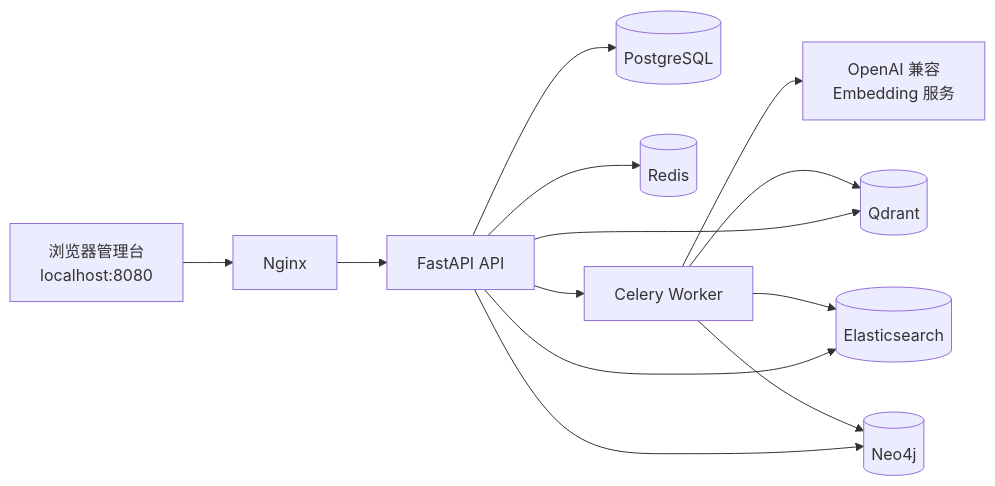
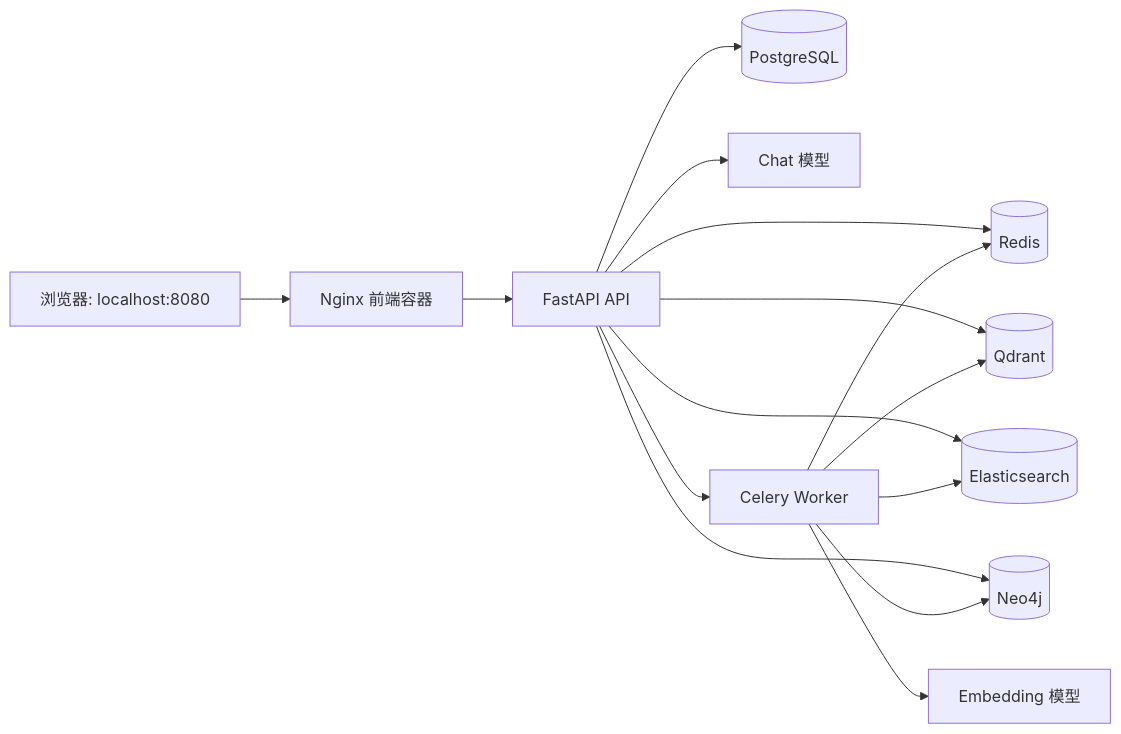
The diagram in README.md (JonyChuang/KnowledgeOps-Agent), drawn with Mermaid before and after one commit. The commit also changed other lines of this file and 10 other files, not shown here.

````diff
--- a/README.md
+++ b/README.md
@@ -20,15 +59,17 @@
 ```mermaid
 flowchart LR
-    UI["浏览器管理台\nlocalhost:8080"] --> Nginx[Nginx]
+    Browser[浏览器: localhost:8080] --> Nginx[Nginx 前端容器]
     Nginx --> API[FastAPI API]
-    API --> DB[(PostgreSQL)]
+    API --> PostgreSQL[(PostgreSQL)]
     API --> Redis[(Redis)]
+    API --> Qdrant[(Qdrant)]
+    API --> Elasticsearch[(Elasticsearch)]
+    API --> Neo4j[(Neo4j)]
+    API --> Chat[Chat 模型]
     API --> Worker[Celery Worker]
-    Worker --> Embed["OpenAI 兼容\nEmbedding 服务"]
-    Worker --> Qdrant[(Qdrant)]
-    Worker --> ES[(Elasticsearch)]
-    Worker --> Neo4j[(Neo4j)]
-    API --> Qdrant
-    API --> ES
-    API --> Neo4j
+    Worker --> Redis
+    Worker --> Embedding[Embedding 模型]
+    Worker --> Qdrant
+    Worker --> Elasticsearch
+    Worker --> Neo4j
 ```
````
